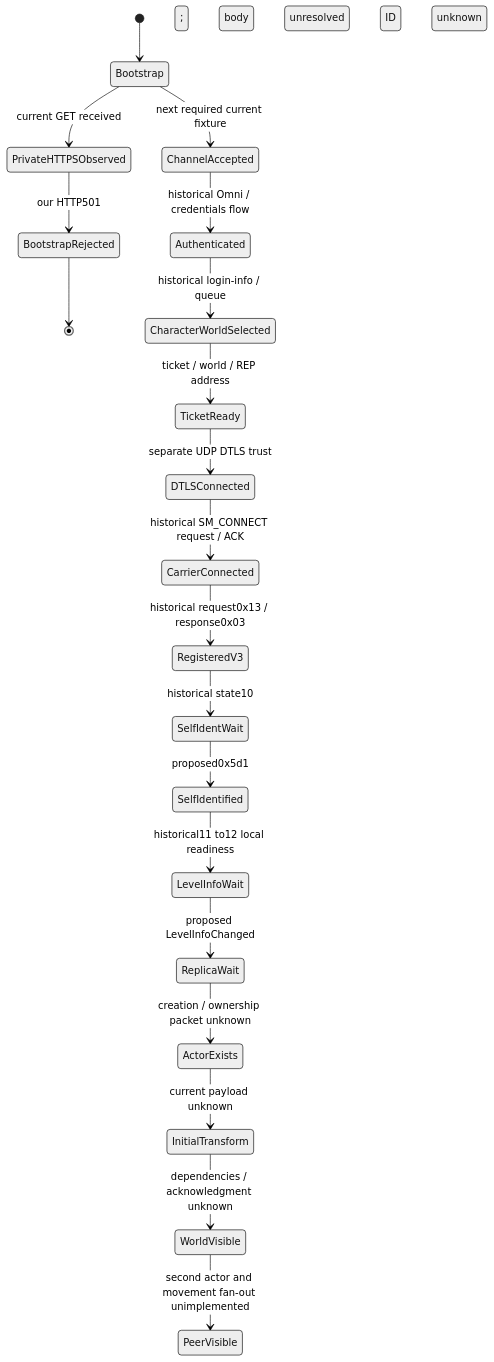
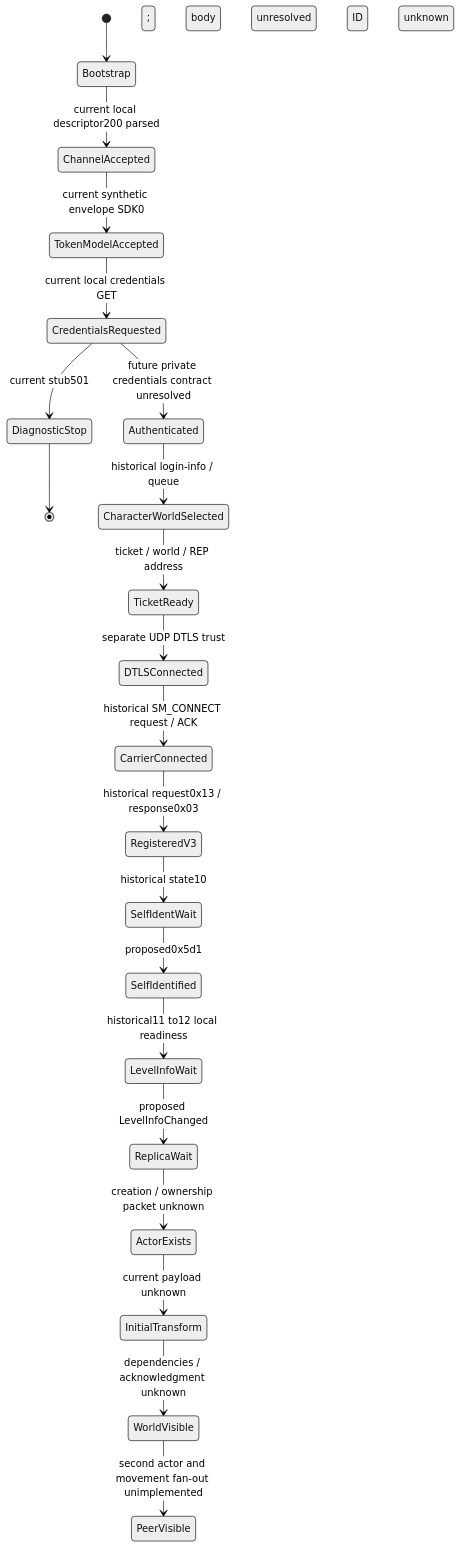
One commit to AScriver/NewWorldPreservation changed the diagram in docs/SPAWN_SEQUENCE.md. Above: the diagram before and after it, drawn with Mermaid (neutral theme). The commit also changed other lines of this file and 16 other files, not shown here.

Commit message:
feat: establish current-client token response handoff

````diff
--- a/docs/SPAWN_SEQUENCE.md
+++ b/docs/SPAWN_SEQUENCE.md
@@ -13,22 +13,23 @@
 ```mermaid
 stateDiagram-v2
     [*] --> Bootstrap
-    Bootstrap --> PrivateHTTPSObserved: current GET received
-    PrivateHTTPSObserved --> BootstrapRejected: our HTTP501
-    BootstrapRejected --> [*]
-    Bootstrap --> ChannelAccepted: next required current fixture
-    ChannelAccepted --> Authenticated: historical Omni / credentials flow
+    Bootstrap --> ChannelAccepted: current local descriptor200 parsed
+    ChannelAccepted --> TokenModelAccepted: current synthetic envelope SDK0
+    TokenModelAccepted --> CredentialsRequested: current local credentials GET
+    CredentialsRequested --> DiagnosticStop: current stub501
+    DiagnosticStop --> [*]
+    CredentialsRequested --> Authenticated: future private credentials contract unresolved
     Authenticated --> CharacterWorldSelected: historical login-info / queue
     CharacterWorldSelected --> TicketReady: ticket / world / REP address
     TicketReady --> DTLSConnected: separate UDP DTLS trust
     DTLSConnected --> CarrierConnected: historical SM_CONNECT request / ACK
     CarrierConnected --> RegisteredV3: historical request0x13 / response0x03
     RegisteredV3 --> SelfIdentWait: historical state10
     SelfIdentWait --> SelfIdentified: proposed0x5d1; body unresolved
     SelfIdentified --> LevelInfoWait: historical11 to12 local readiness
     LevelInfoWait --> ReplicaWait: proposed LevelInfoChanged; ID unknown
     ReplicaWait --> ActorExists: creation / ownership packet unknown
     ActorExists --> InitialTransform: current payload unknown
     InitialTransform --> WorldVisible: dependencies / acknowledgment unknown
     WorldVisible --> PeerVisible: second actor and movement fan-out unimplemented
 ```
````
